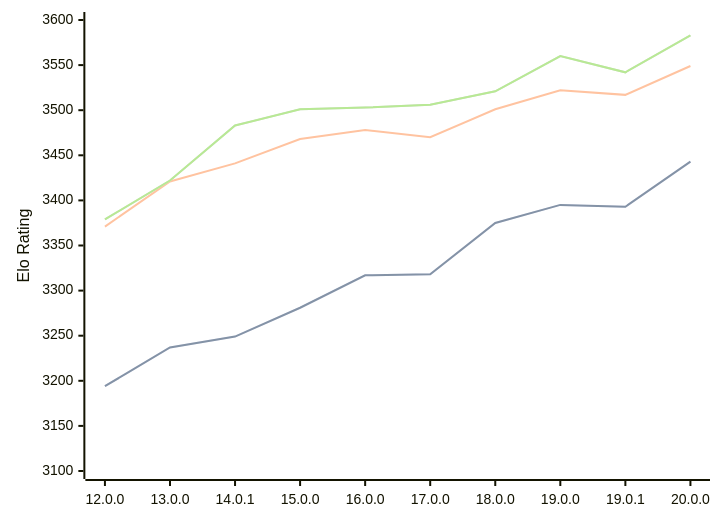
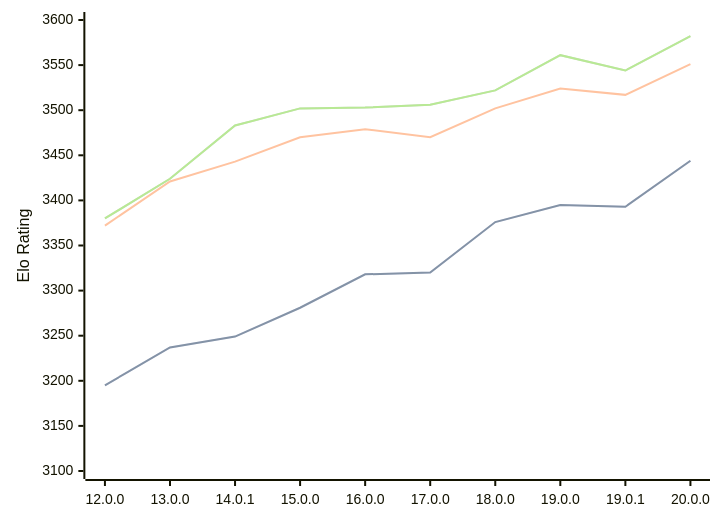
Before and after one commit to computer-chess-index/cci: the diagram in engines/Viridithas.md, drawn with Mermaid. The commit also changed other lines of this file, not shown here.

Commit message:
Update CCI Ratings (ELO VLTC) - 2026-07-24

````diff
--- a/engines/Viridithas.md
+++ b/engines/Viridithas.md
@@ -64,11 +64,11 @@
 ```mermaid
 %%{init: {"theme":"base","themeVariables":{"seriesColors:['#a3a3a3','#222221','#faa371']}}}%%
 xychart-beta
   x-axis ["12.0.0", "13.0.0", "14.0.1", "15.0.0", "16.0.0", "17.0.0", "18.0.0", "19.0.0", "19.0.1", "20.0.0"]
   y-axis "Elo Rating" 3100 --> 3600
-  line "STC (8.0+0.08s)" [3194, 3237, 3249, 3281, 3317, 3318, 3375, 3395, 3393, 3443]
-  line "STC (8.0+0.08s)" [3194, 3237, 3249, 3281, 3317, 3318, 3375, 3395, 3393, 3443]
-  line "LTC (60.0+0.60s)" [3371, 3421, 3441, 3468, 3478, 3470, 3501, 3522, 3517, 3549]
-  line "VLTC (2m24s+1.12s)" [3379, 3422, 3483, 3501, 3503, 3506, 3521, 3560, 3542, 3583]
-  line "VLTC (2m24s+1.12s)" [3379, 3422, 3483, 3501, 3503, 3506, 3521, 3560, 3542, 3583]
+  line "STC (8.0+0.08s)" [3195, 3237, 3249, 3281, 3318, 3320, 3376, 3395, 3393, 3444]
+  line "STC (8.0+0.08s)" [3195, 3237, 3249, 3281, 3318, 3320, 3376, 3395, 3393, 3444]
+  line "LTC (60.0+0.60s)" [3372, 3421, 3443, 3470, 3479, 3470, 3502, 3524, 3517, 3551]
+  line "VLTC (2m24s+1.12s)" [3380, 3424, 3483, 3502, 3503, 3506, 3522, 3561, 3544, 3582]
+  line "VLTC (2m24s+1.12s)" [3380, 3424, 3483, 3502, 3503, 3506, 3522, 3561, 3544, 3582]
 ```
````
